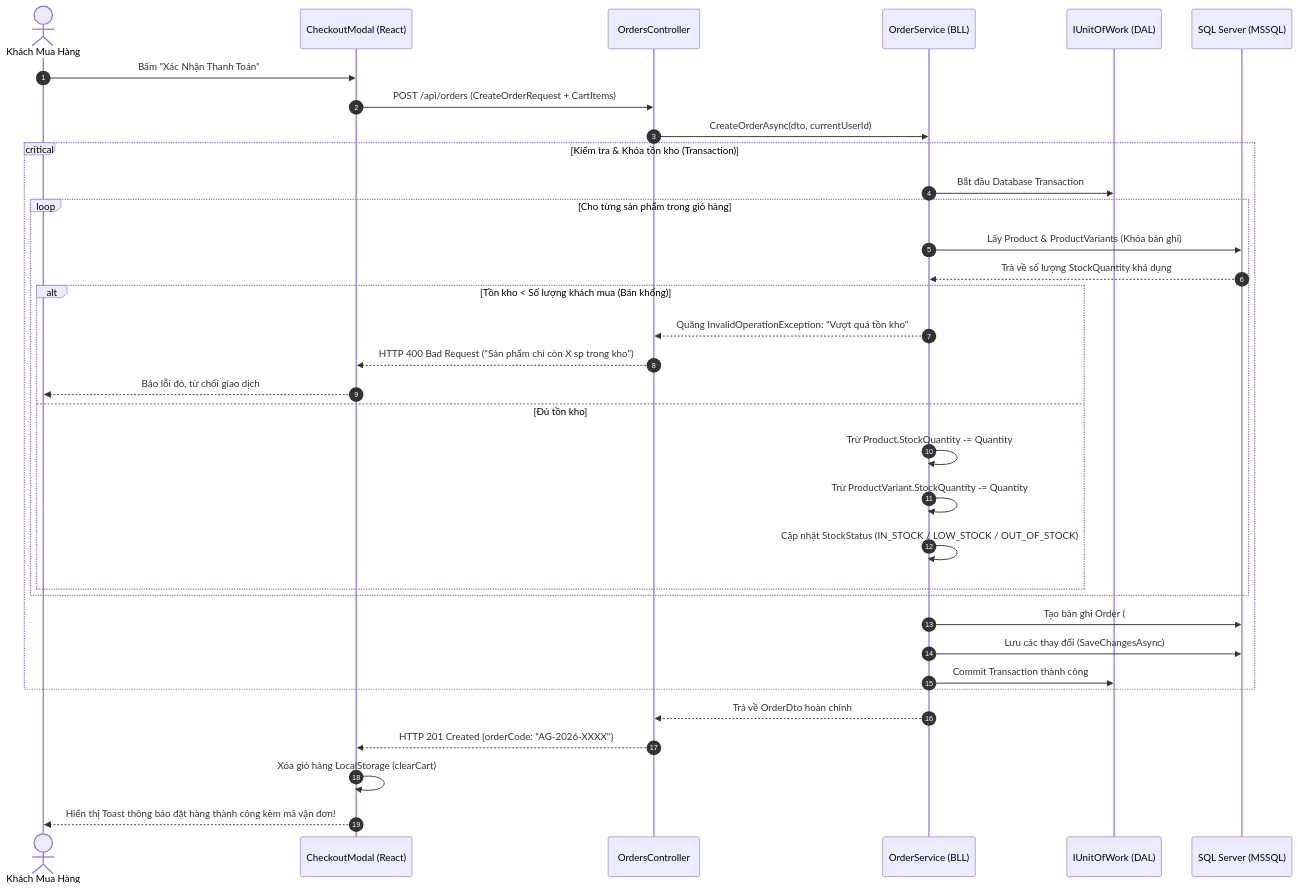
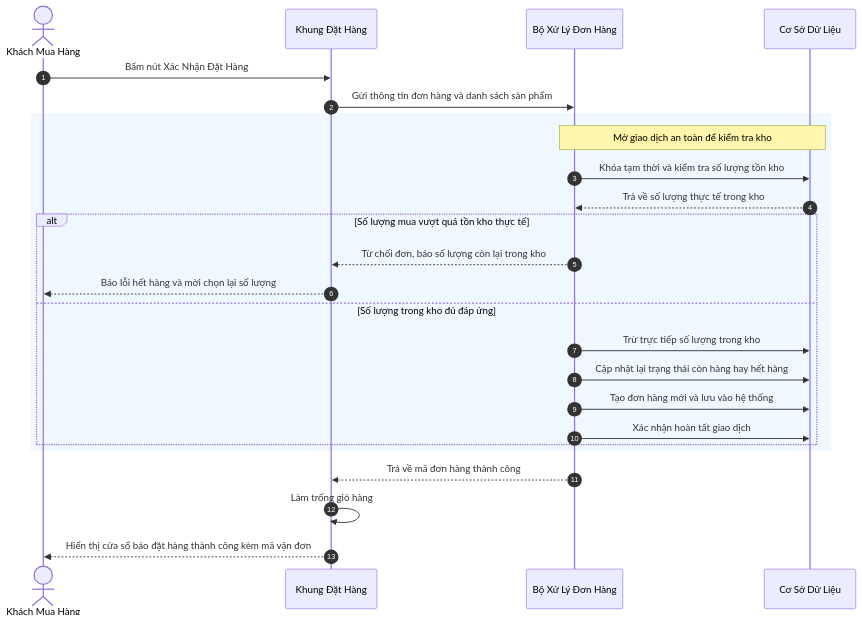
One commit to ducmanh-jr/aethelgard_shopping_mall changed diagram 12 of 16 in BAO_CAO_THIET_KE_HE_THONG.md. Above: the diagram before and after it, drawn with Mermaid. The commit also changed other lines of this file and 310 other files, not shown here.

Commit message:
hoàn thành

````diff
--- a/BAO_CAO_THIET_KE_HE_THONG.md
+++ b/BAO_CAO_THIET_KE_HE_THONG.md
@@ -458,41 +542,31 @@
 ```mermaid
 sequenceDiagram
     autonumber
     actor Customer as Khách Mua Hàng
-    participant Modal as CheckoutModal (React)
-    participant OrderAPI as OrdersController
-    participant OrderService as OrderService (BLL)
-    participant UnitOfWork as IUnitOfWork (DAL)
-    participant DB as SQL Server (MSSQL)
+    participant CheckoutUI as Khung Đặt Hàng
+    participant OrderService as Bộ Xử Lý Đơn Hàng
+    participant DB as Cơ Sở Dữ Liệu
 
-    Customer->>Modal: Bấm "Xác Nhận Thanh Toán"
-    Modal->>OrderAPI: POST /api/orders (CreateOrderRequest + CartItems)
-    OrderAPI->>OrderService: CreateOrderAsync(dto, currentUserId)
+    Customer->>CheckoutUI: Bấm nút Xác Nhận Đặt Hàng
+    CheckoutUI->>OrderService: Gửi thông tin đơn hàng và danh sách sản phẩm
     
-    critical Kiểm tra & Khóa tồn kho (Transaction)
-        OrderService->>UnitOfWork: Bắt đầu Database Transaction
-        loop Cho từng sản phẩm trong giỏ hàng
-            OrderService->>DB: Lấy Product & ProductVariants (Khóa bản ghi)
-            DB-->>OrderService: Trả về số lượng StockQuantity khả dụng
-            
-            alt Tồn kho < Số lượng khách mua (Bán khống)
-                OrderService-->>OrderAPI: Quăng InvalidOperationException: "Vượt quá tồn kho"
-                OrderAPI-->>Modal: HTTP 400 Bad Request ("Sản phẩm chỉ còn X sp trong kho")
-                Modal-->>Customer: Báo lỗi đỏ, từ chối giao dịch
-            else Đủ tồn kho
-                OrderService->>OrderService: Trừ Product.StockQuantity -= Quantity
-                OrderService->>OrderService: Trừ ProductVariant.StockQuantity -= Quantity
-                OrderService->>OrderService: Cập nhật StockStatus (IN_STOCK / LOW_STOCK / OUT_OF_STOCK)
-            end
+    rect rgb(240, 248, 255)
+        note over OrderService, DB: Mở giao dịch an toàn để kiểm tra kho
+        OrderService->>DB: Khóa tạm thời và kiểm tra số lượng tồn kho
+        DB-->>OrderService: Trả về số lượng thực tế trong kho
+        
+        alt Số lượng mua vượt quá tồn kho thực tế
+            OrderService-->>CheckoutUI: Từ chối đơn, báo số lượng còn lại trong kho
+            CheckoutUI-->>Customer: Báo lỗi hết hàng và mời chọn lại số lượng
+        else Số lượng trong kho đủ đáp ứng
+            OrderService->>DB: Trừ trực tiếp số lượng trong kho
+            OrderService->>DB: Cập nhật lại trạng thái còn hàng hay hết hàng
+            OrderService->>DB: Tạo đơn hàng mới và lưu vào hệ thống
+            OrderService->>DB: Xác nhận hoàn tất giao dịch
         end
-
-        OrderService->>DB: Tạo bản ghi Order (#AG-2026-XXXX) & OrderItems
-        OrderService->>DB: Lưu các thay đổi (SaveChangesAsync)
-        OrderService->>UnitOfWork: Commit Transaction thành công
     end
 
-    OrderService-->>OrderAPI: Trả về OrderDto hoàn chỉnh
-    OrderAPI-->>Modal: HTTP 201 Created {orderCode: "AG-2026-XXXX"}
-    Modal->>Modal: Xóa giỏ hàng LocalStorage (clearCart)
-    Modal-->>Customer: Hiển thị Toast thông báo đặt hàng thành công kèm mã vận đơn!
+    OrderService-->>CheckoutUI: Trả về mã đơn hàng thành công
+    CheckoutUI->>CheckoutUI: Làm trống giỏ hàng
+    CheckoutUI-->>Customer: Hiển thị cửa sổ báo đặt hàng thành công kèm mã vận đơn
 ```
````
